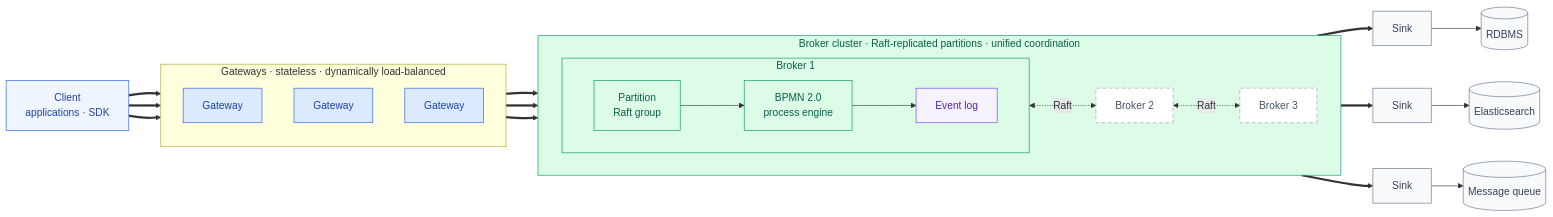
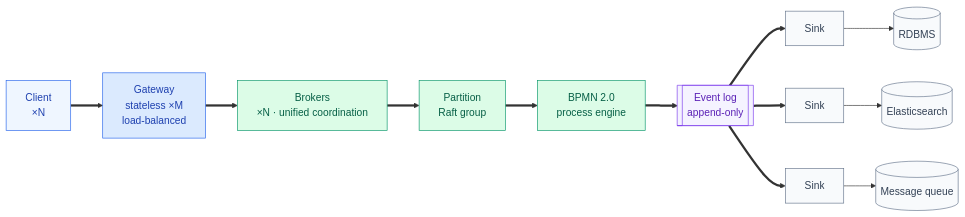
Before and after one commit to anyilanxin/kunpeng-engine: the diagram in README.md, drawn with Mermaid. The commit also changed 1 other file, not shown here.

Commit message:
docs: simplify README overview diagram to a linear pipeline
- one node per stage with xN scale annotations instead of drawn
  replicas, subgraphs and replication links
- keep only the sink fan-out to multiple external stores

````diff
--- a/README.md
+++ b/README.md
@@ -7,50 +7,22 @@
 ```mermaid
 flowchart LR
-  CLI["Client<br/>applications · SDK"]
-
-  subgraph GWS["Gateways · stateless · dynamically load-balanced"]
-    direction TB
-    GW1["Gateway"]
-    GW2["Gateway"]
-    GW3["Gateway"]
-  end
-
-  subgraph CLUSTER["Broker cluster · Raft-replicated partitions · unified coordination"]
-    direction LR
-    subgraph B1["Broker 1"]
-      direction LR
-      RG["Partition<br/>Raft group"] --> ENG["BPMN 2.0<br/>process engine"] --> EL["Event log"]
-    end
-    B2["Broker 2"]
-    B3["Broker 3"]
-    B1 <-.->|"Raft"| B2
-    B2 <-.->|"Raft"| B3
-  end
-
-  S1["Sink"] --> R1[("RDBMS")]
-  S2["Sink"] --> R2[("Elasticsearch")]
-  S3["Sink"] --> R3[("Message queue")]
-
-  CLI ==> GW1
-  CLI ==> GW2
-  CLI ==> GW3
-  GW1 ==> CLUSTER
-  GW2 ==> CLUSTER
-  GW3 ==> CLUSTER
-  EL ==> S1
-  EL ==> S2
-  EL ==> S3
+  CLI["Client<br/>×N"] ==> GW["Gateway<br/>stateless ×M<br/>load-balanced"]
+  GW ==> BK["Brokers<br/>×N · unified coordination"]
+  BK ==> RG["Partition<br/>Raft group"]
+  RG ==> ENG["BPMN 2.0<br/>process engine"]
+  ENG ==> EL[["Event log<br/>append-only"]]
+  EL ==> S1["Sink"] --> R1[("RDBMS")]
+  EL ==> S2["Sink"] --> R2[("Elasticsearch")]
+  EL ==> S3["Sink"] --> R3[("Message queue")]
 
   classDef cli fill:#EFF6FF,stroke:#2563EB,color:#1E40AF
   classDef gw fill:#DBEAFE,stroke:#2563EB,color:#1E40AF
   classDef part fill:#DCFCE7,stroke:#059669,color:#065F46
-  classDef peer fill:#FFFFFF,stroke:#94A3B8,stroke-dasharray:6 4,color:#475569
   classDef log fill:#F5F3FF,stroke:#7C3AED,color:#5B21B6
   classDef ext fill:#F8FAFC,stroke:#64748B,color:#334155
   class CLI cli
-  class GW1,GW2,GW3 gw
-  class CLUSTER,B1,RG,ENG part
-  class B2,B3 peer
+  class GW gw
+  class BK,RG,ENG part
   class EL log
   class S1,S2,S3,R1,R2,R3 ext
 ```
````
